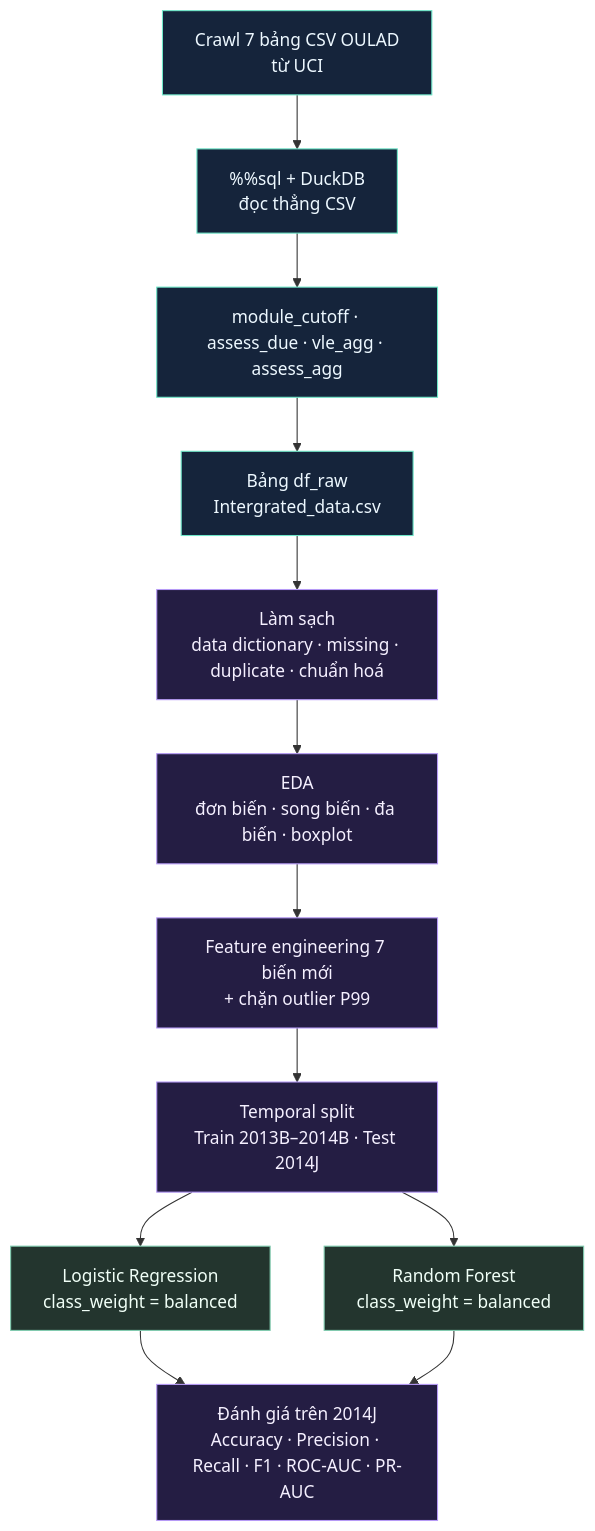
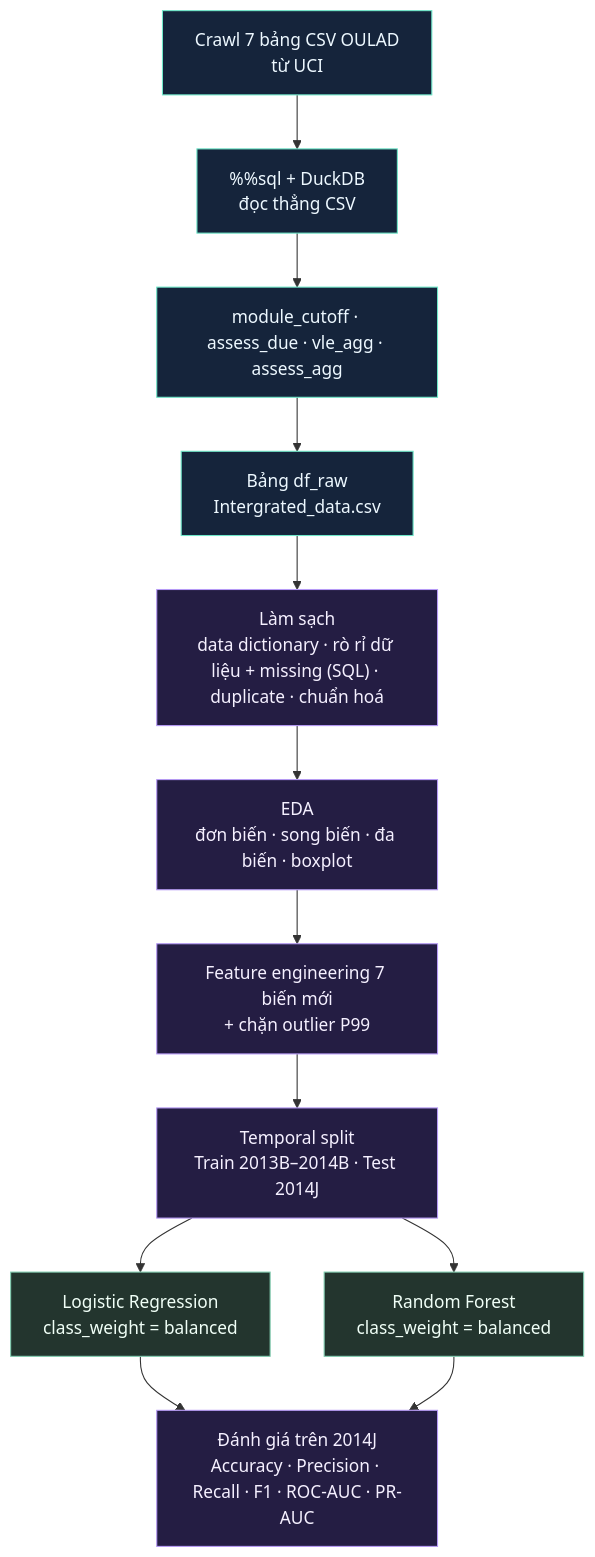
One commit to NguyenAnh1421/Early-Warning-At-Risk-Students-OULAD changed the diagram in README.md. Above: the diagram before and after it, drawn with Mermaid. The commit also changed other lines of this file and 4 other files, not shown here.

First line of the commit message:
Move data-leakage filtering and missing-value handling into SQL cleaning steps

````diff
--- a/README.md
+++ b/README.md
@@ -88,21 +88,21 @@
 ```mermaid
 flowchart TD
     A["Crawl 7 bảng CSV OULAD<br/>từ UCI"] --> B["%%sql + DuckDB<br/>đọc thẳng CSV"]
     B --> C["module_cutoff · assess_due · vle_agg · assess_agg"]
     C --> D["Bảng df_raw<br/>Intergrated_data.csv"]
-    D --> E["Làm sạch<br/>data dictionary · missing · duplicate · chuẩn hoá"]
+    D --> E["Làm sạch<br/>data dictionary · rò rỉ dữ liệu + missing (SQL) · duplicate · chuẩn hoá"]
     E --> F["EDA<br/>đơn biến · song biến · đa biến · boxplot"]
     F --> G["Feature engineering 7 biến mới<br/>+ chặn outlier P99"]
     G --> H["Temporal split<br/>Train 2013B–2014B · Test 2014J"]
     H --> I["Logistic Regression<br/>class_weight = balanced"]
     H --> J["Random Forest<br/>class_weight = balanced"]
     I --> K["Đánh giá trên 2014J<br/>Accuracy · Precision · Recall · F1 · ROC-AUC · PR-AUC"]
     J --> K
 
     classDef source fill:#15243b,stroke:#6ee7c9,color:#edf8ff;
     classDef analysis fill:#241d43,stroke:#b69af6,color:#f5f0ff;
     classDef model fill:#23352e,stroke:#80cdb0,color:#f0fff7;
     class A,B,C,D source;
     class E,F,G,H,K analysis;
     class I,J model;
 ```
````
